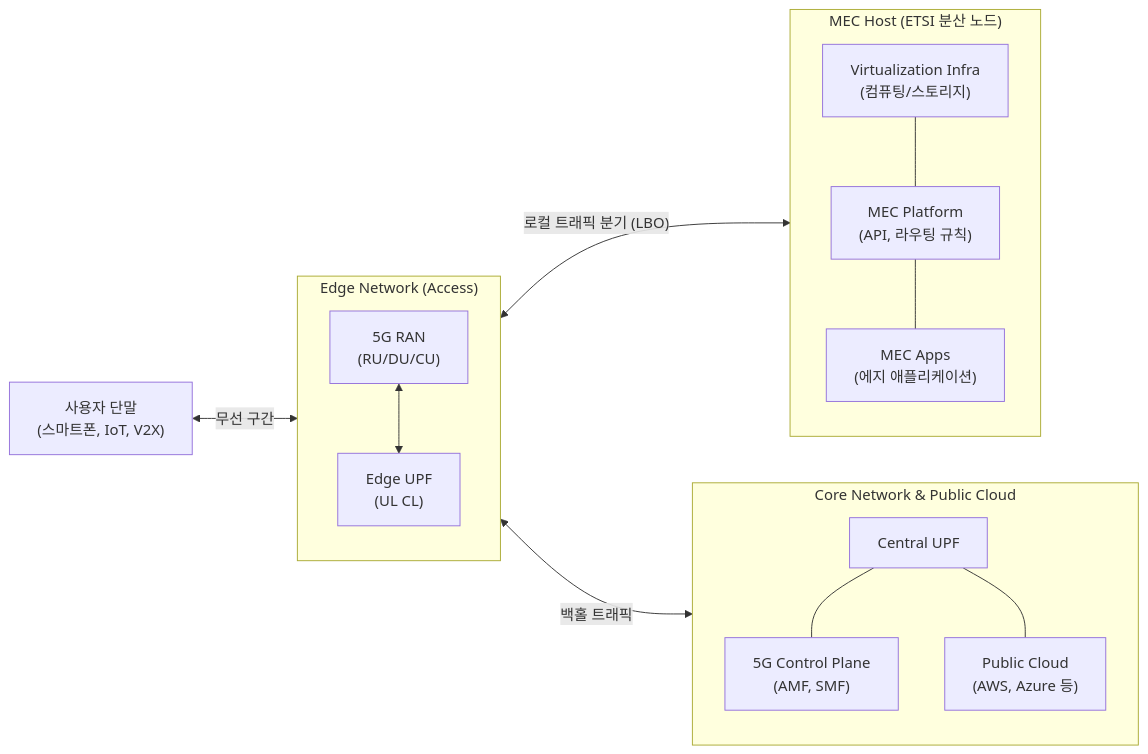
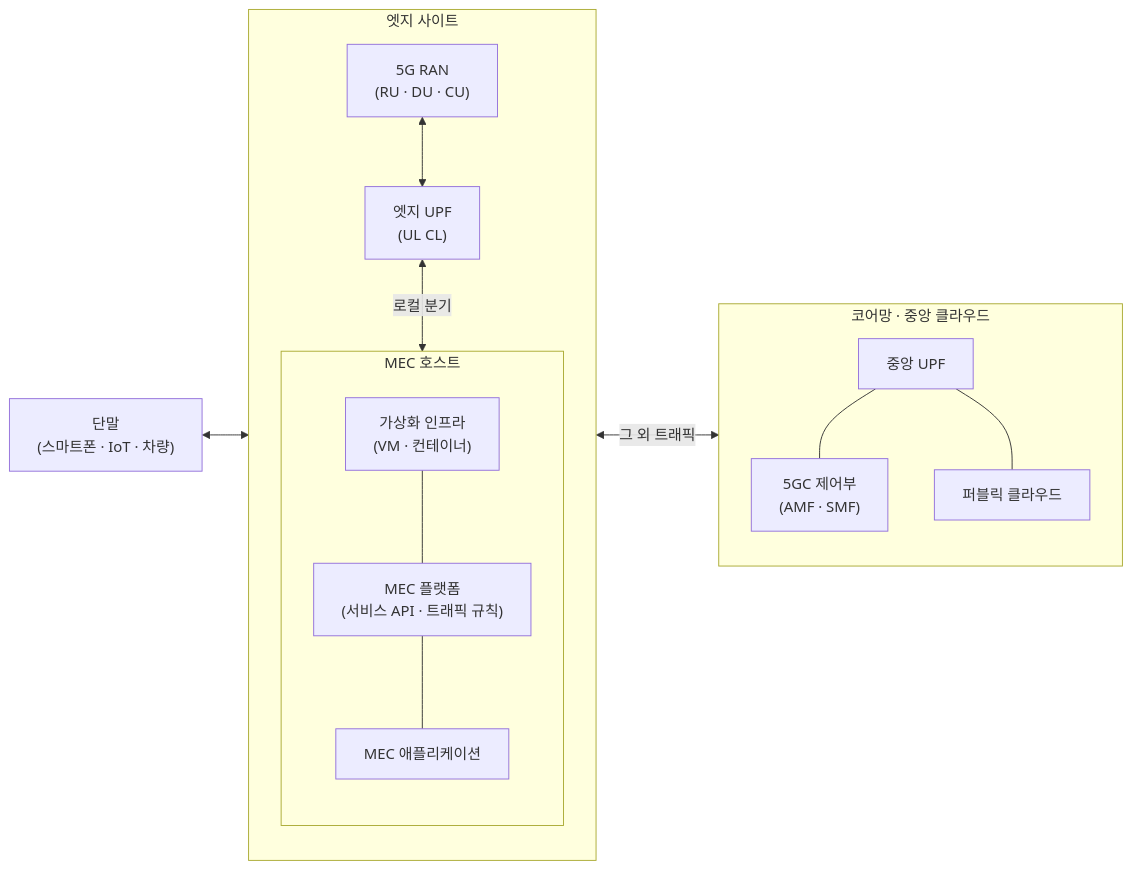
One commit to supremethumb/supremethumb.github.io changed the diagram in content/01_IT Tech/Mobile Edge Computing.md. Above: the diagram before and after it, drawn with Mermaid. The commit also changed other lines of this file and 1087 other files, not shown here.

````diff
--- a/content/01_IT Tech/Mobile Edge Computing.md
+++ b/content/01_IT Tech/Mobile Edge Computing.md
@@ -31,35 +37,21 @@
 ```mermaid
 flowchart LR
-    UE["사용자 단말<br/>(스마트폰, IoT, V2X)"]
-    
-    subgraph EdgeNetwork["Edge Network (Access)"]
+    UE["단말<br/>(스마트폰 · IoT · 차량)"]
+    subgraph EDGE["엣지 사이트"]
         direction TB
-        RAN["5G RAN<br/>(RU/DU/CU)"]
-        UPF_L["Edge UPF<br/>(UL CL)"]
-        RAN <--> UPF_L
+        RAN["5G RAN<br/>(RU · DU · CU)"] <--> UPFL["엣지 UPF<br/>(UL CL)"]
+        subgraph HOST["MEC 호스트"]
+            direction TB
+            MEP["MEC 플랫폼<br/>(서비스 API · 트래픽 규칙)"] --- APP["MEC 애플리케이션"]
+            VI["가상화 인프라<br/>(VM · 컨테이너)"] --- MEP
+        end
+        UPFL <-- "로컬 분기" --> HOST
     end
-    
-    subgraph MECHost["MEC Host (ETSI 분산 노드)"]
+    subgraph CORE["코어망 · 중앙 클라우드"]
         direction TB
-        MEP["MEC Platform<br/>(API, 라우팅 규칙)"]
-        APP["MEC Apps<br/>(에지 애플리케이션)"]
-        VI["Virtualization Infra<br/>(컴퓨팅/스토리지)"]
-        MEP --- APP
-        VI --- MEP
+        UPFC["중앙 UPF"] --- CP["5GC 제어부<br/>(AMF · SMF)"]
+        UPFC --- CLOUD["퍼블릭 클라우드"]
     end
-    
-    subgraph CoreNetwork["Core Network & Public Cloud"]
-        direction TB
-        UPF_C["Central UPF"]
-        CP["5G Control Plane<br/>(AMF, SMF)"]
-        Cloud["Public Cloud<br/>(AWS, Azure 등)"]
-        UPF_C --- CP
-        UPF_C --- Cloud
-    end
-
-    UE <-->|"무선 구간"| RAN
-    UPF_L <-->|"로컬 트래픽 분기 (LBO)"| MECHost
-    UPF_L <-->|"백홀 트래픽"| UPF_C
-
-
+    UE <--> RAN
+    UPFL <-- "그 외 트래픽" --> UPFC
 ```
````
